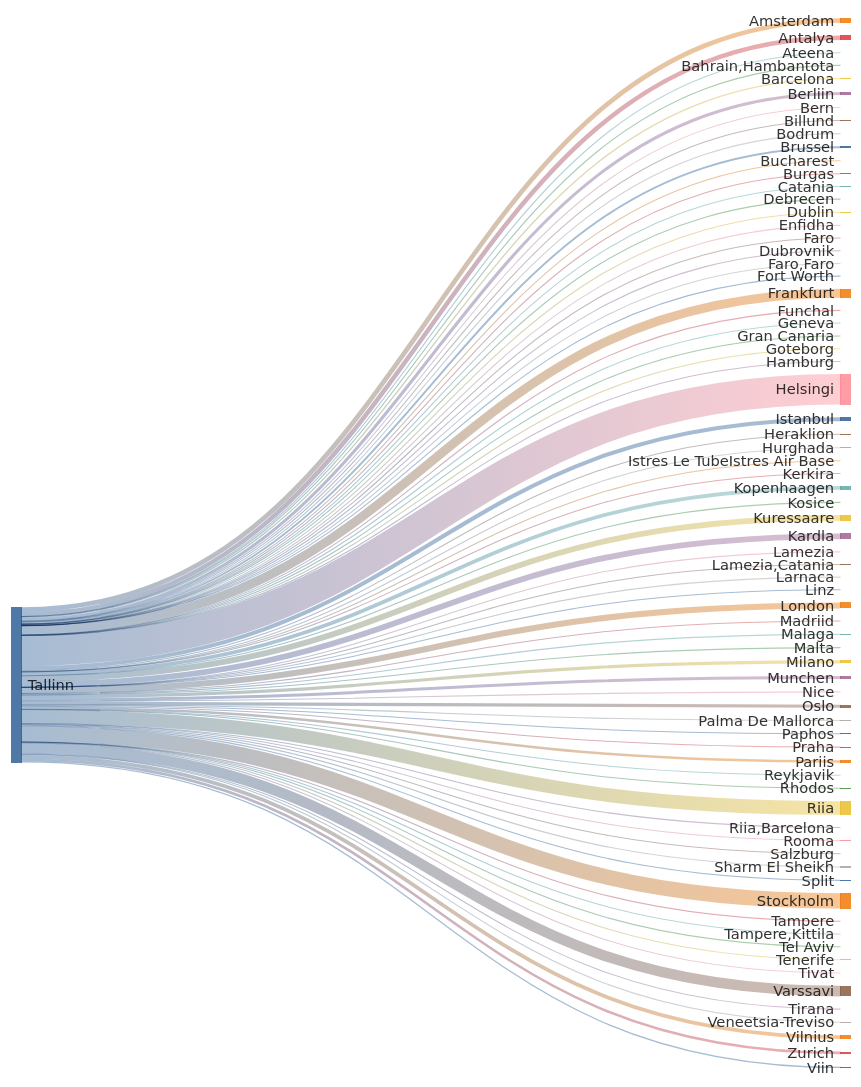
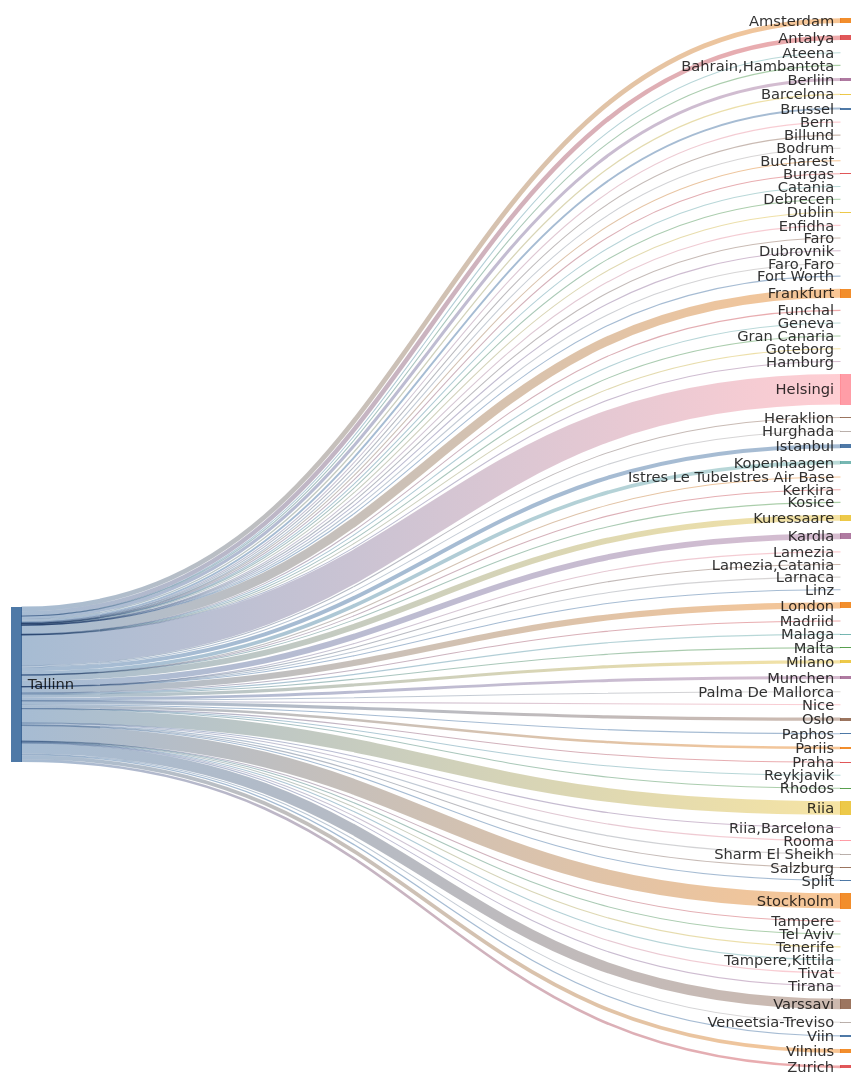
The second of 2 diagrams in README.md (rainermesi/tll-airport-departures), drawn with Mermaid before and after one commit. The commit also changed other lines of this file and 1 other file, not shown here.

````diff
--- a/README.md
+++ b/README.md
@@ -41,18 +41,18 @@
 ---
 sankey-beta
 %% source,target,value
-Tallinn,Amsterdam,393
-Tallinn,Antalya,374
+Tallinn,Amsterdam,395
+Tallinn,Antalya,376
 Tallinn,Ateena,16
 Tallinn,"Bahrain,Hambantota",1
 Tallinn,Barcelona,109
-Tallinn,Berliin,254
+Tallinn,Berliin,256
 Tallinn,Bern,1
 Tallinn,Billund,64
 Tallinn,Bodrum,11
-Tallinn,Brussel,161
+Tallinn,Brussel,162
 Tallinn,Bucharest,1
-Tallinn,Burgas,39
+Tallinn,Burgas,40
 Tallinn,Catania,2
 Tallinn,Debrecen,1
 Tallinn,Dublin,82
@@ -61,58 +61,58 @@
 Tallinn,Faro,4
 Tallinn,"Faro,Faro",1
 Tallinn,Fort Worth,1
-Tallinn,Frankfurt,747
+Tallinn,Frankfurt,749
 Tallinn,Funchal,5
 Tallinn,Geneva,13
 Tallinn,Gran Canaria,38
 Tallinn,Goteborg,1
 Tallinn,Hamburg,2
-Tallinn,Helsingi,2531
+Tallinn,Helsingi,2541
 Tallinn,Heraklion,74
 Tallinn,Hurghada,75
-Tallinn,Istanbul,334
+Tallinn,Istanbul,335
 Tallinn,Istres Le TubeIstres Air Base,2
 Tallinn,Kerkira,4
 Tallinn,Kopenhaagen,310
 Tallinn,Kosice,1
-Tallinn,Kuressaare,485
-Tallinn,Kardla,485
+Tallinn,Kuressaare,487
+Tallinn,Kardla,487
 Tallinn,Lamezia,1
 Tallinn,"Lamezia,Catania",3
 Tallinn,Larnaca,4
 Tallinn,Linz,2
-Tallinn,London,507
+Tallinn,London,509
 Tallinn,Madriid,1
 Tallinn,Malaga,100
 Tallinn,Malta,22
 Tallinn,Milano,259
-Tallinn,Munchen,243
+Tallinn,Munchen,245
 Tallinn,Nice,39
-Tallinn,Oslo,261
+Tallinn,Oslo,262
 Tallinn,Palma De Mallorca,26
 Tallinn,Paphos,66
-Tallinn,Pariis,212
-Tallinn,Praha,66
+Tallinn,Pariis,214
+Tallinn,Praha,67
 Tallinn,Reykjavik,7
-Tallinn,Rhodos,46
-Tallinn,Riia,1138
+Tallinn,Rhodos,47
+Tallinn,Riia,1142
 Tallinn,"Riia,Barcelona",1
 Tallinn,Rooma,80
 Tallinn,Salzburg,14
 Tallinn,Sharm El Sheikh,97
-Tallinn,Split,39
-Tallinn,Stockholm,1271
+Tallinn,Split,40
+Tallinn,Stockholm,1275
 Tallinn,Tampere,17
 Tallinn,"Tampere,Kittila",21
 Tallinn,Tel Aviv,1
 Tallinn,Tenerife,58
-Tallinn,Tirana,20
+Tallinn,Tirana,21
 Tallinn,Tivat,47
-Tallinn,Varssavi,873
+Tallinn,Varssavi,877
 Tallinn,Veneetsia-Treviso,67
 Tallinn,Viin,106
-Tallinn,Vilnius,314
-Tallinn,Zurich,218
+Tallinn,Vilnius,315
+Tallinn,Zurich,219
 
 
 ```
````
